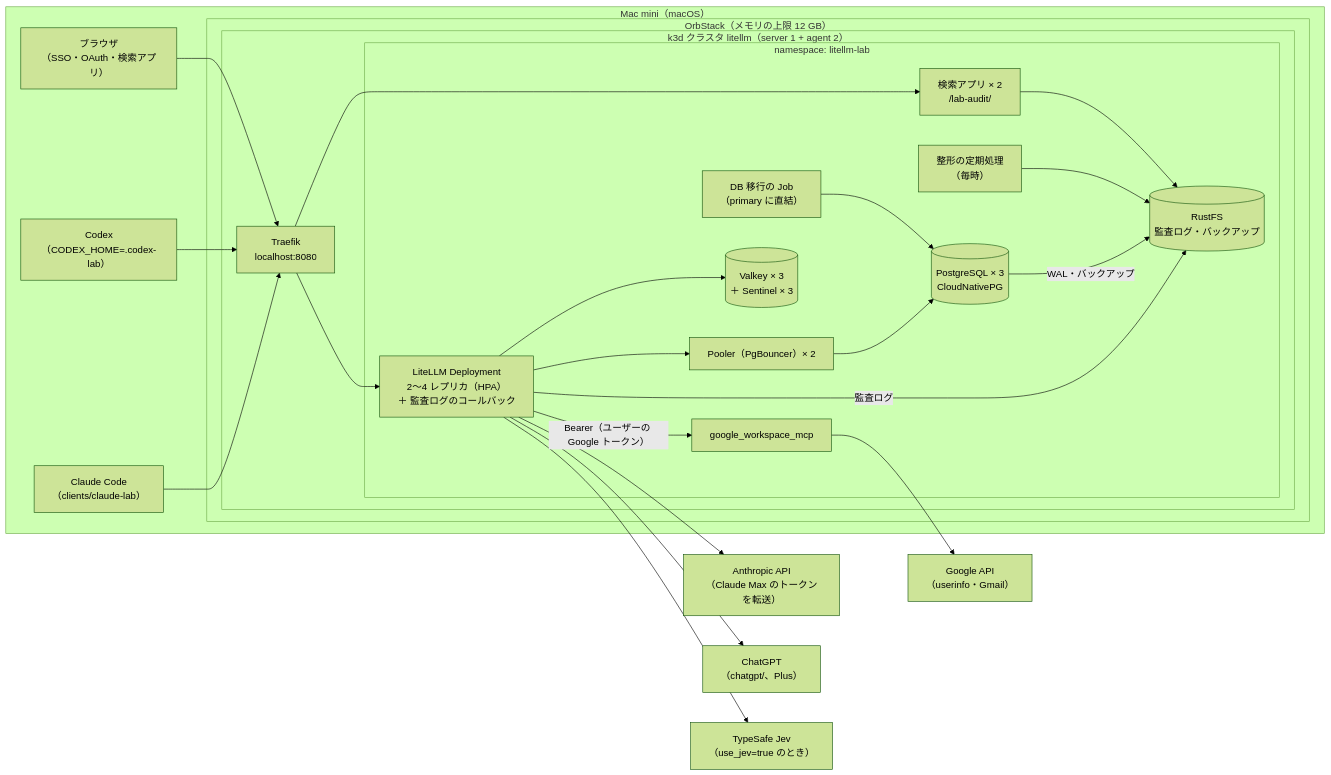
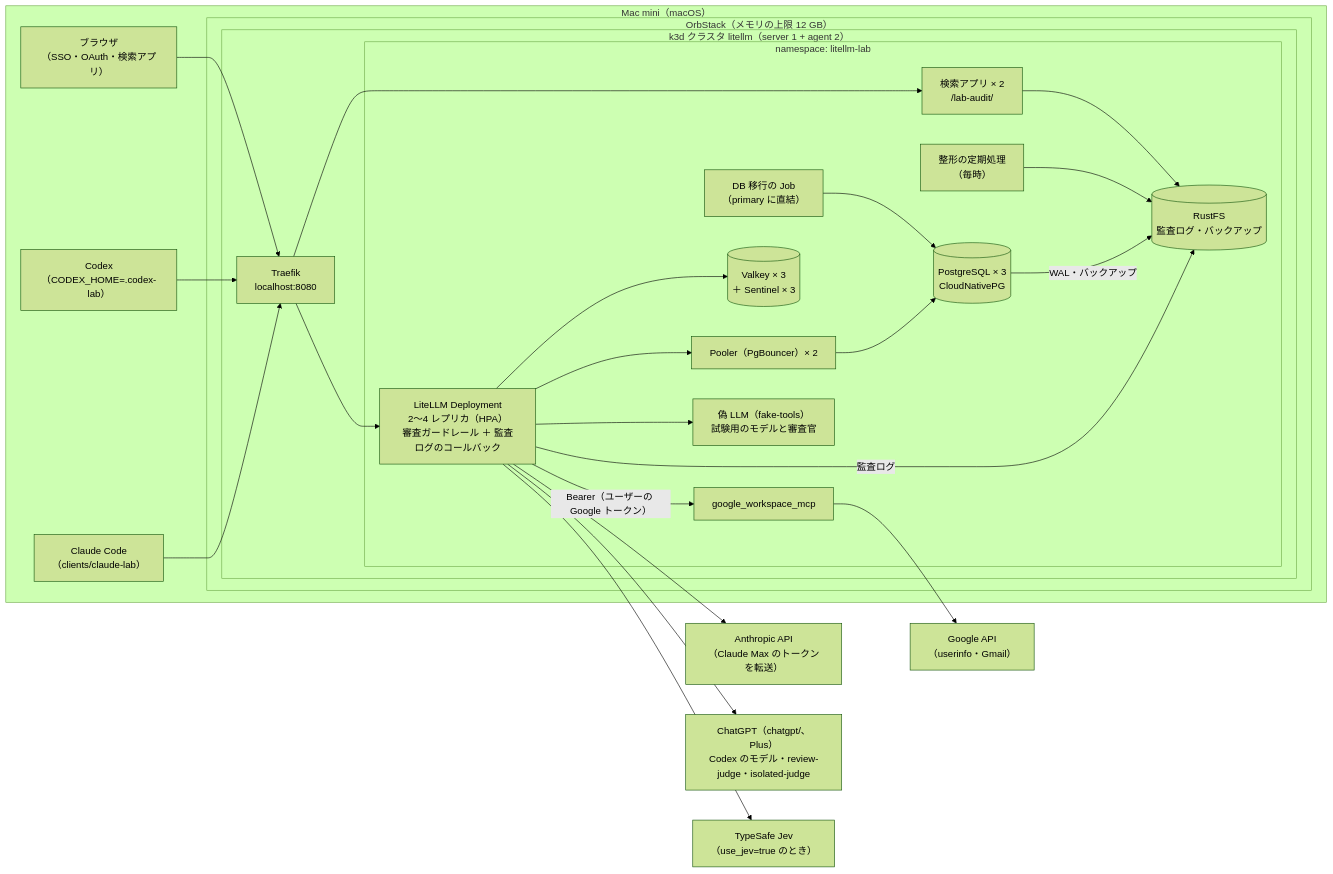
Before and after one commit to notfolder/litellm-agent-gateway-lab: the first of 3 diagrams in docs/design.md, drawn with Mermaid (forest theme). The commit also changed other lines of this file and 29 other files, not shown here.

````diff
--- a/docs/design.md
+++ b/docs/design.md
@@ -59,41 +67,43 @@
 ```mermaid
 flowchart LR
     subgraph MAC["Mac mini（macOS）"]
         CC["Claude Code<br/>（clients/claude-lab）"]
         CX["Codex<br/>（CODEX_HOME=.codex-lab）"]
         BR["ブラウザ<br/>（SSO・OAuth・検索アプリ）"]
         subgraph ORB["OrbStack（メモリの上限 12 GB）"]
             subgraph K3D["k3d クラスタ litellm（server 1 + agent 2）"]
                 TR["Traefik<br/>localhost:8080"]
                 subgraph NS["namespace: litellm-lab"]
-                    LL["LiteLLM Deployment<br/>2〜4 レプリカ（HPA）<br/>＋ 監査ログのコールバック"]
+                    LL["LiteLLM Deployment<br/>2〜4 レプリカ（HPA）<br/>審査ガードレール ＋ 監査ログのコールバック"]
                     MIG["DB 移行の Job<br/>（primary に直結）"]
                     POOL["Pooler（PgBouncer）× 2"]
                     PG[("PostgreSQL × 3<br/>CloudNativePG")]
                     VK[("Valkey × 3<br/>＋ Sentinel × 3")]
                     S3[("RustFS<br/>監査ログ・バックアップ")]
                     AV["検索アプリ × 2<br/>/lab-audit/"]
                     CJ["整形の定期処理<br/>（毎時）"]
                     WS["google_workspace_mcp"]
+                    FAKE["偽 LLM（fake-tools）<br/>試験用のモデルと審査官"]
                 end
             end
         end
     end
     CC --> TR
     CX --> TR
     BR --> TR
     TR --> LL
     TR --> AV
     LL --> POOL --> PG
     MIG --> PG
     LL --> VK
     LL -->|監査ログ| S3
     PG -->|WAL・バックアップ| S3
     CJ --> S3
     AV --> S3
     LL -- "Bearer（ユーザーの Google トークン）" --> WS
     WS --> GAPI["Google API<br/>（userinfo・Gmail）"]
     LL --> ANT["Anthropic API<br/>（Claude Max のトークンを転送）"]
-    LL --> OAI["ChatGPT<br/>（chatgpt/、Plus）"]
+    LL --> OAI["ChatGPT（chatgpt/、Plus）<br/>Codex のモデル・review-judge・isolated-judge"]
     LL --> JEV["TypeSafe Jev<br/>（use_jev=true のとき）"]
+    LL --> FAKE
 ```
````
